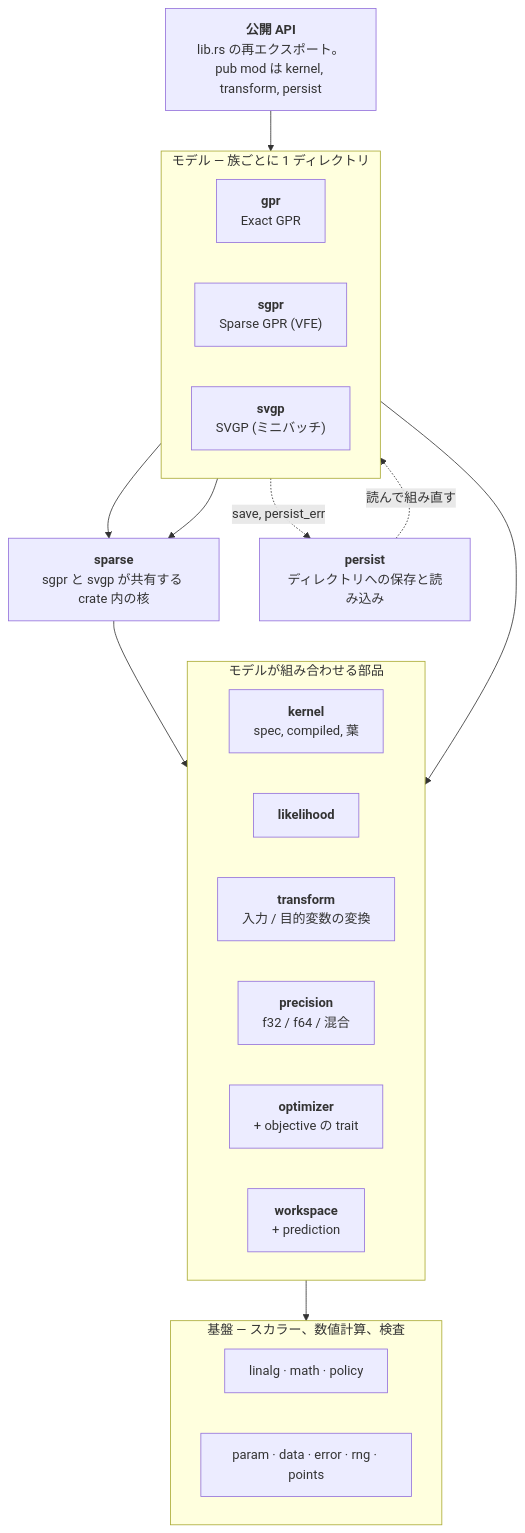
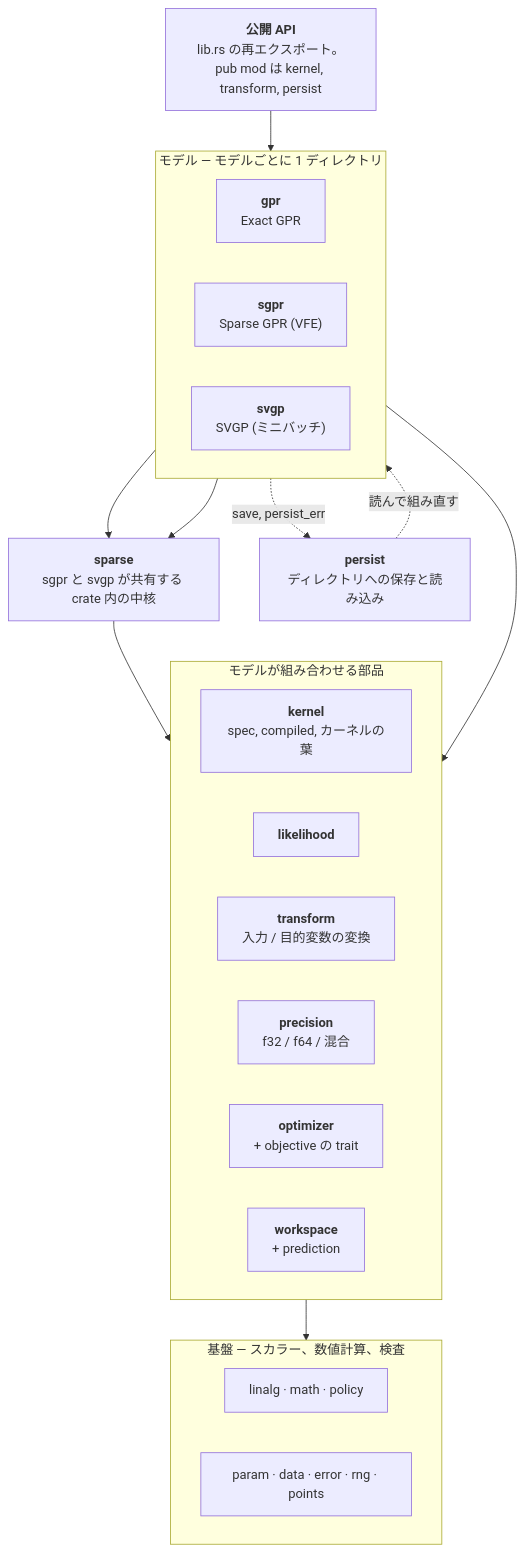
Before and after one commit to YUKIKEDA/gprx: the diagram in README.ja.md, drawn with Mermaid. The commit also changed other lines of this file and 8 other files, not shown here.

````diff
--- a/README.ja.md
+++ b/README.ja.md
@@ -738,33 +738,33 @@
 ```mermaid
 flowchart TB
     api["<b>公開 API</b><br/>lib.rs の再エクスポート。pub mod は kernel, transform, persist"]
-    subgraph models["モデル — 族ごとに 1 ディレクトリ"]
+    subgraph models["モデル — モデルごとに 1 ディレクトリ"]
         direction LR
         gpr["<b>gpr</b><br/>Exact GPR"]
         sgpr["<b>sgpr</b><br/>Sparse GPR (VFE)"]
         svgp["<b>svgp</b><br/>SVGP (ミニバッチ)"]
     end
-    sparse["<b>sparse</b><br/>sgpr と svgp が共有する crate 内の核"]
+    sparse["<b>sparse</b><br/>sgpr と svgp が共有する crate 内の中核"]
     persist["<b>persist</b><br/>ディレクトリへの保存と読み込み"]
     subgraph services["モデルが組み合わせる部品"]
         direction LR
-        kernel["<b>kernel</b><br/>spec, compiled, 葉"]
+        kernel["<b>kernel</b><br/>spec, compiled, カーネルの葉"]
         likelihood["<b>likelihood</b>"]
         transform["<b>transform</b><br/>入力 / 目的変数の変換"]
         precision["<b>precision</b><br/>f32 / f64 / 混合"]
         optimizer["<b>optimizer</b><br/>+ objective の trait"]
         workspace["<b>workspace</b><br/>+ prediction"]
     end
     subgraph foundation["基盤 — スカラー、数値計算、検査"]
         direction LR
         f1["linalg · math · policy"]
         f2["param · data · error · rng · points"]
     end
     api --> models
     gpr --> services
     sgpr --> sparse --> services
     svgp --> sparse
     services --> foundation
     persist -.->|"読んで組み直す"| models
     models -.->|"save, persist_err"| persist
 ```
````
